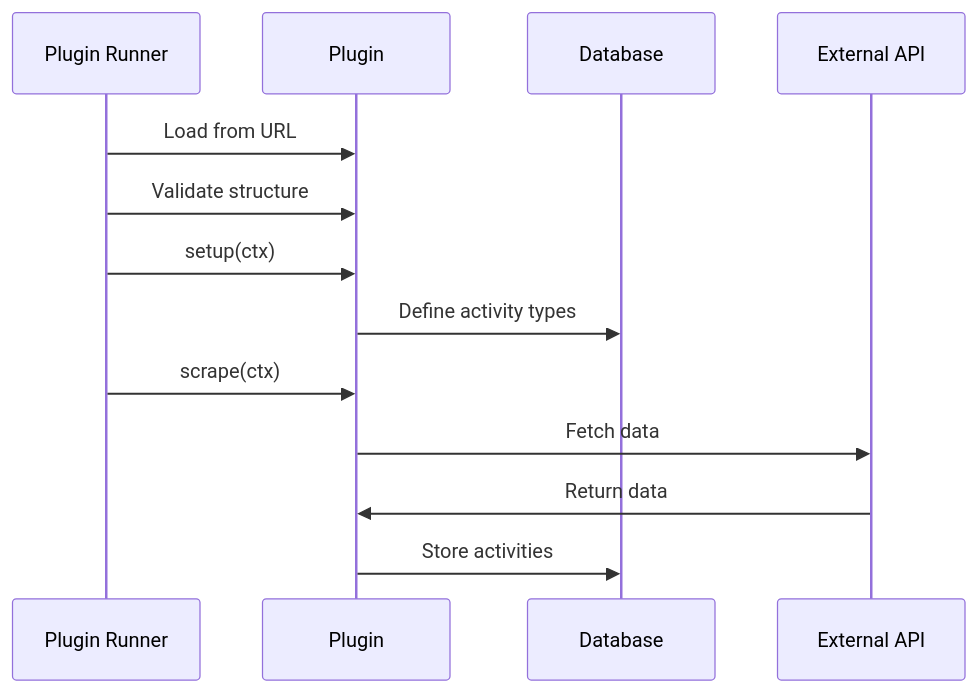
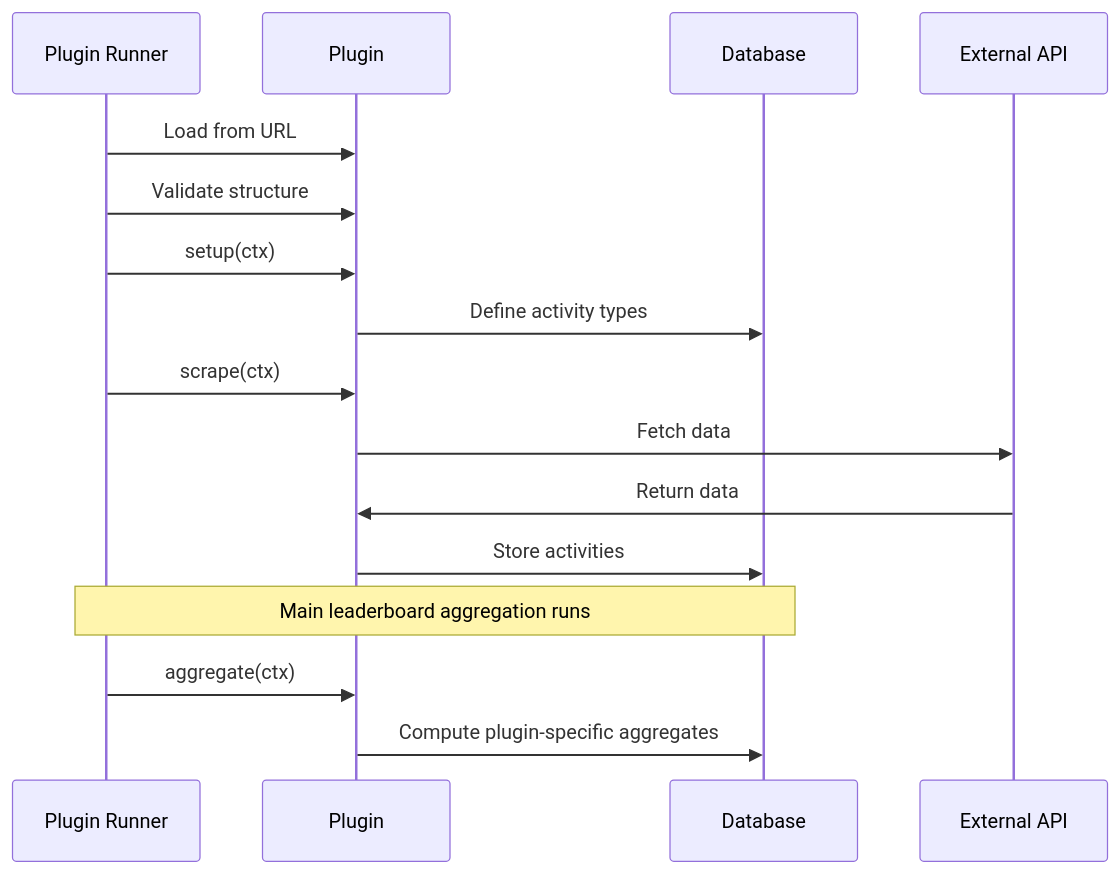
One commit to ohcnetwork/leaderboard changed the diagram in docs/plugins/overview.mdx. Above: the diagram before and after it, drawn with Mermaid. The commit also changed other lines of this file and 38 other files, not shown here.

Commit message:
Support aggregates in plugin manifest; Improve how runner runs phases of plugin (#741)

````diff
--- a/docs/plugins/overview.mdx
+++ b/docs/plugins/overview.mdx
@@ -30,16 +30,19 @@
 ```mermaid
 sequenceDiagram
     participant Runner as Plugin Runner
     participant Plugin as Plugin
     participant DB as Database
     participant API as External API
 
     Runner->>Plugin: Load from URL
     Runner->>Plugin: Validate structure
     Runner->>Plugin: setup(ctx)
     Plugin->>DB: Define activity types
     Runner->>Plugin: scrape(ctx)
     Plugin->>API: Fetch data
     API->>Plugin: Return data
     Plugin->>DB: Store activities
+    Note over Runner,DB: Main leaderboard aggregation runs
+    Runner->>Plugin: aggregate(ctx)
+    Plugin->>DB: Compute plugin-specific aggregates
 ```
````
